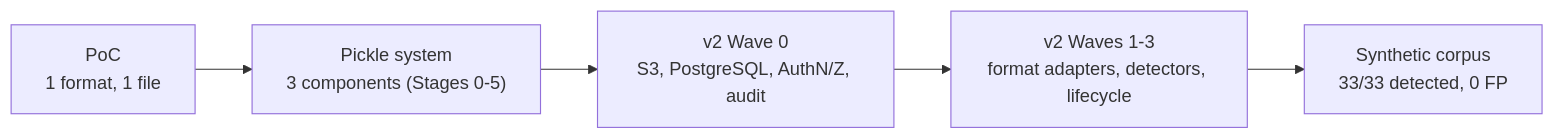
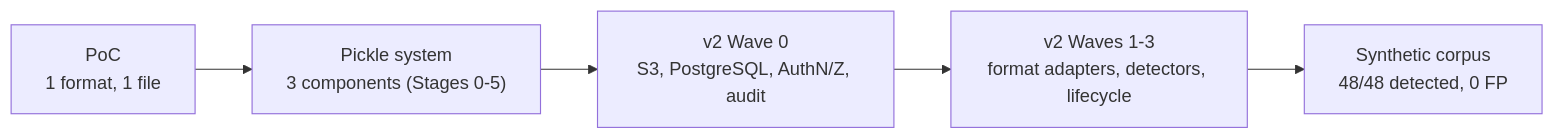
The diagram in README.en.md (pol4/MLScan), drawn with Mermaid before and after one commit. The commit also changed other lines of this file and 41 other files, not shown here.

````diff
--- a/README.en.md
+++ b/README.en.md
@@ -32,7 +32,7 @@
 ```mermaid
 flowchart LR
   P["PoC<br/>1 format, 1 file"] --> S["Pickle system<br/>3 components (Stages 0-5)"]
   S --> V0["v2 Wave 0<br/>S3, PostgreSQL, AuthN/Z, audit"]
   V0 --> V1["v2 Waves 1-3<br/>format adapters, detectors, lifecycle"]
-  V1 --> T["Synthetic corpus<br/>33/33 detected, 0 FP"]
+  V1 --> T["Synthetic corpus<br/>48/48 detected, 0 FP"]
 ```
````
